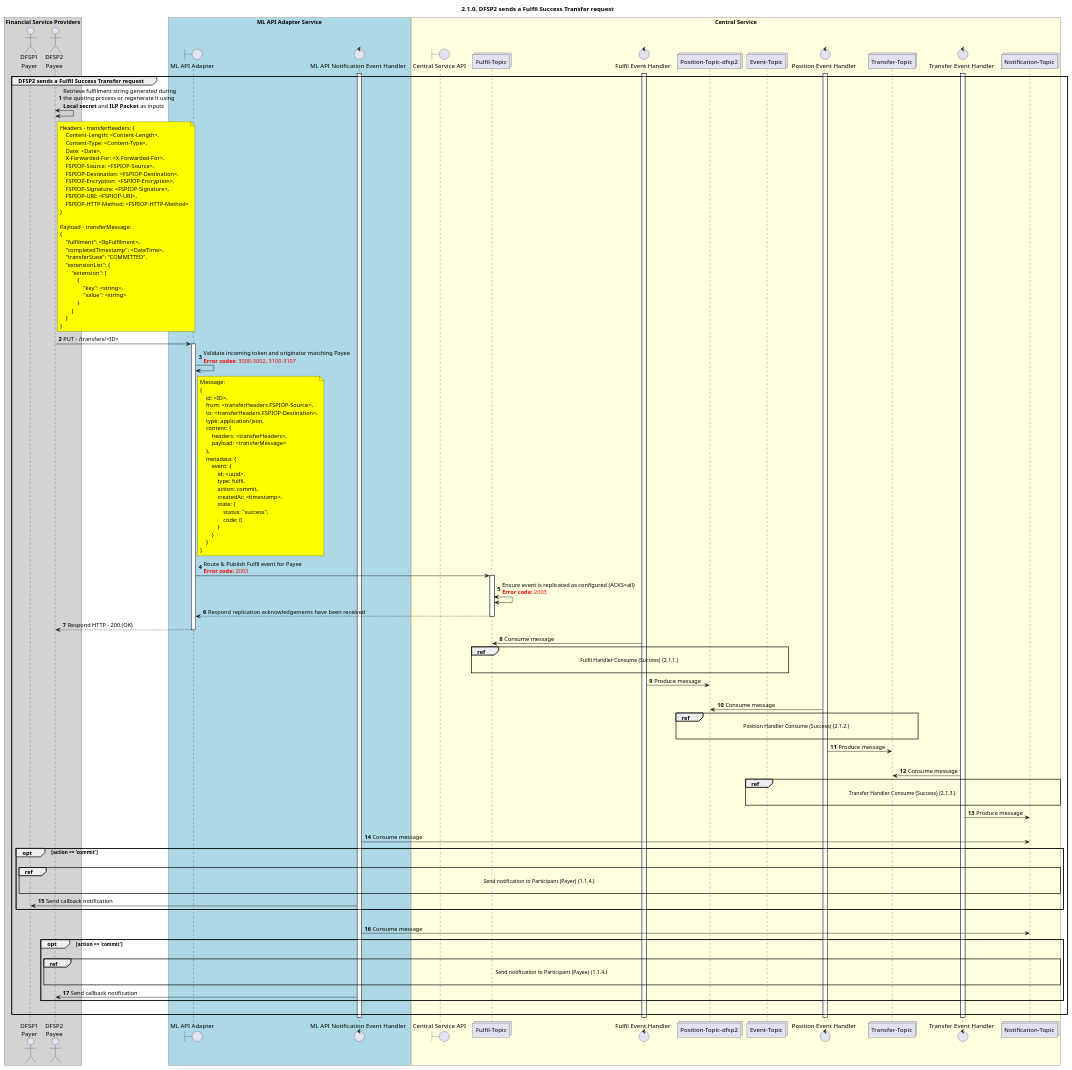
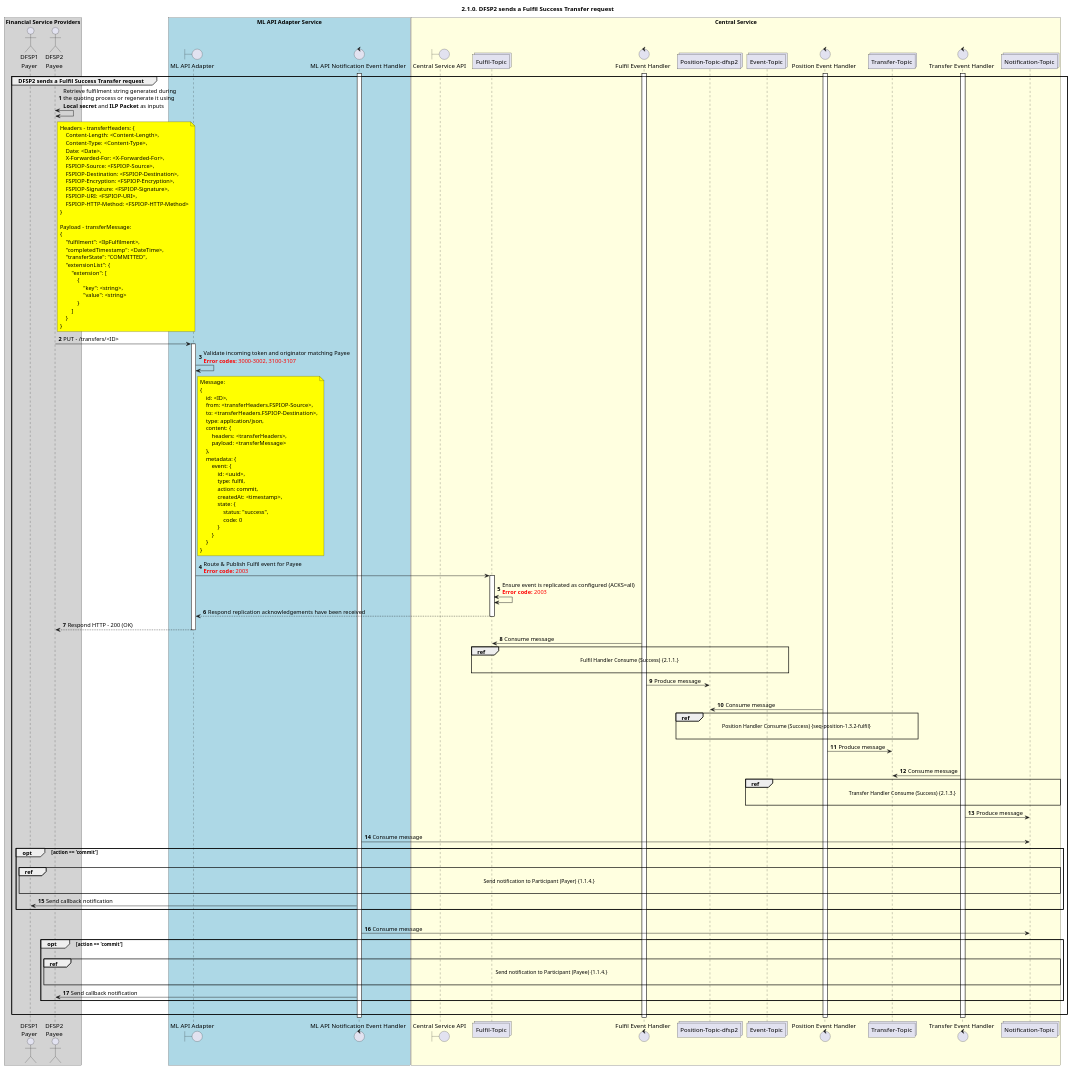
One commit to ggrg/docs changed the diagram in CentralServices/seq_diagrams/seq-fulfil-2.1.0.plantuml. Above: the diagram before and after it, drawn with PlantUML. The commit also changed 52 other files, not shown here.

```diff
--- a/CentralServices/seq_diagrams/seq-fulfil-2.1.0.plantuml
+++ b/CentralServices/seq_diagrams/seq-fulfil-2.1.0.plantuml
@@ -1,153 +1,153 @@
 @startuml
 ' declate title
 title 2.1.0. DFSP2 sends a Fulfil Success Transfer request
 
 autonumber
 
 ' Actor Keys:
 '   boundary - APIs/Interfaces, etc
 '   collections - Kafka Topics
 '   control - Kafka Consumers
 '   entity - Database Access Objects
 '   database - Database Persistance Store
 
 ' declare actors
 actor "DFSP1\nPayer" as DFSP1
 actor "DFSP2\nPayee" as DFSP2
 boundary "ML API Adapter" as MLAPI
 control "ML API Notification Event Handler" as NOTIFY_HANDLER
 boundary "Central Service API" as CSAPI
 collections "Fulfil-Topic" as TOPIC_FULFIL
 control "Fulfil Event Handler" as FULF_HANDLER
 collections "Position-Topic-dfsp2" as TOPIC_POSITION_DFSP2
 control "Position Event Handler" as POS_HANDLER
 collections "Transfer-Topic" as TOPIC_TRANSFERS
 collections "Event-Topic" as TOPIC_EVENTS
 control "Transfer Event Handler" as TRANS_HANDLER
 collections "Notification-Topic" as TOPIC_NOTIFICATIONS
 
 box "Financial Service Providers" #lightGray
 	participant DFSP1
 	participant DFSP2
 end box
 
 box "ML API Adapter Service" #LightBlue
 	participant MLAPI
 	participant NOTIFY_HANDLER
 end box
 
 box "Central Service" #LightYellow
     participant CSAPI
 	participant TOPIC_FULFIL
     participant FULF_HANDLER
     participant TOPIC_POSITION_DFSP2
     participant TOPIC_EVENTS
     participant POS_HANDLER
     participant TOPIC_TRANSFERS
     participant TRANS_HANDLER
     participant TOPIC_NOTIFICATIONS
 end box
 
 ' start flow
 activate NOTIFY_HANDLER
 activate FULF_HANDLER
 activate POS_HANDLER
 activate TRANS_HANDLER
 group DFSP2 sends a Fulfil Success Transfer request
     DFSP2 <-> DFSP2: Retrieve fulfilment string generated during\nthe quoting process or regenerate it using\n**Local secret** and **ILP Packet** as inputs
     note right of DFSP2 #yellow
         Headers - transferHeaders: {
             Content-Length: <Content-Length>,
             Content-Type: <Content-Type>,
             Date: <Date>,
             X-Forwarded-For: <X-Forwarded-For>,
             FSPIOP-Source: <FSPIOP-Source>,
             FSPIOP-Destination: <FSPIOP-Destination>,
             FSPIOP-Encryption: <FSPIOP-Encryption>,
             FSPIOP-Signature: <FSPIOP-Signature>,
             FSPIOP-URI: <FSPIOP-URI>,
             FSPIOP-HTTP-Method: <FSPIOP-HTTP-Method>
         }
 
         Payload - transferMessage:
         {
             "fulfilment": <IlpFulfilment>,
             "completedTimestamp": <DateTime>,
             "transferState": "COMMITTED",
             "extensionList": {
                 "extension": [
                     {
                         "key": <string>,
                         "value": <string>
                     }
                 ]
             }
         }
     end note
     DFSP2 -> MLAPI: PUT - /transfers/<ID>
     activate MLAPI
     MLAPI -> MLAPI: Validate incoming token and originator matching Payee\n<color #FF0000><b>Error codes:</b> 3000-3002, 3100-3107</color>
     note right of MLAPI #yellow
         Message:
         {
             id: <ID>,
             from: <transferHeaders.FSPIOP-Source>,
             to: <transferHeaders.FSPIOP-Destination>,
             type: application/json,
             content: {
                 headers: <transferHeaders>,
                 payload: <transferMessage>
             },
             metadata: {
                 event: {
                     id: <uuid>,
                     type: fulfil,
                     action: commit,
                     createdAt: <timestamp>,
                     state: {
                         status: "success",
                         code: 0
                     }
                 }
             }
         }
     end note
     MLAPI -> TOPIC_FULFIL: Route & Publish Fulfil event for Payee\n<color #FF0000><b>Error code:</b> 2003</color>
     activate TOPIC_FULFIL
     TOPIC_FULFIL <-> TOPIC_FULFIL: Ensure event is replicated as configured (ACKS=all)\n<color #FF0000><b>Error code:</b> 2003</color>
     TOPIC_FULFIL --> MLAPI: Respond replication acknowledgements have been received
     deactivate TOPIC_FULFIL
     MLAPI --> DFSP2: Respond HTTP - 200 (OK)
     deactivate MLAPI
     TOPIC_FULFIL <- FULF_HANDLER: Consume message
     ref over TOPIC_FULFIL, TOPIC_EVENTS:  Fulfil Handler Consume (Success) {2.1.1.} \n
     FULF_HANDLER -> TOPIC_POSITION_DFSP2: Produce message
     |||
     TOPIC_POSITION_DFSP2 <- POS_HANDLER: Consume message
-    ref over TOPIC_POSITION_DFSP2, TOPIC_TRANSFERS:  Position Handler Consume (Success) {2.1.2.} \n
+    ref over TOPIC_POSITION_DFSP2, TOPIC_TRANSFERS:  Position Handler Consume (Success) {seq-position-1.3.2-fulfil} \n
     POS_HANDLER -> TOPIC_TRANSFERS: Produce message
     |||
     TOPIC_TRANSFERS <- TRANS_HANDLER: Consume message
     ref over TOPIC_EVENTS, TOPIC_NOTIFICATIONS: Transfer Handler Consume (Success) {2.1.3.} \n
     TRANS_HANDLER -> TOPIC_NOTIFICATIONS: Produce message
     |||
     TOPIC_NOTIFICATIONS <- NOTIFY_HANDLER: Consume message
     opt action == 'commit'
         |||
         ref over DFSP1, TOPIC_NOTIFICATIONS: Send notification to Participant (Payer) {1.1.4.} \n
         NOTIFY_HANDLER -> DFSP1: Send callback notification
     end
     |||
     TOPIC_NOTIFICATIONS <- NOTIFY_HANDLER: Consume message
     opt action == 'commit'
         |||
         ref over DFSP2, TOPIC_NOTIFICATIONS: Send notification to Participant (Payee) {1.1.4.} \n
         NOTIFY_HANDLER -> DFSP2: Send callback notification
     end
     |||
 end
 deactivate TRANS_HANDLER
 deactivate POS_HANDLER
 deactivate FULF_HANDLER
 deactivate NOTIFY_HANDLER
 @enduml
```
